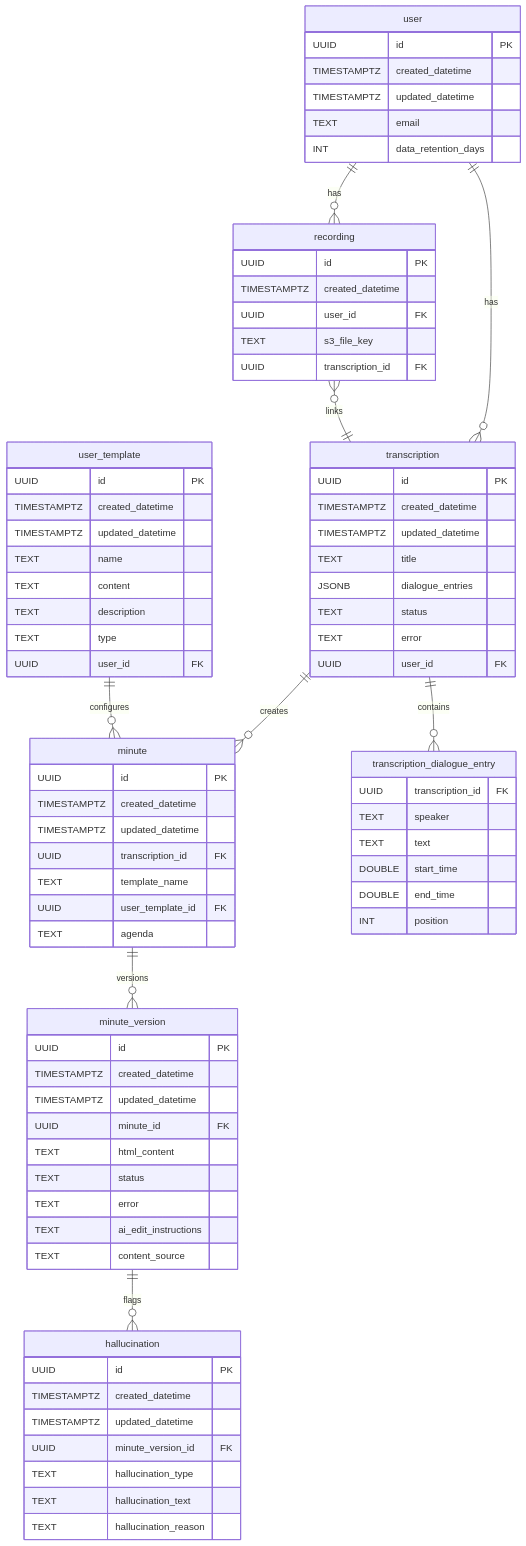
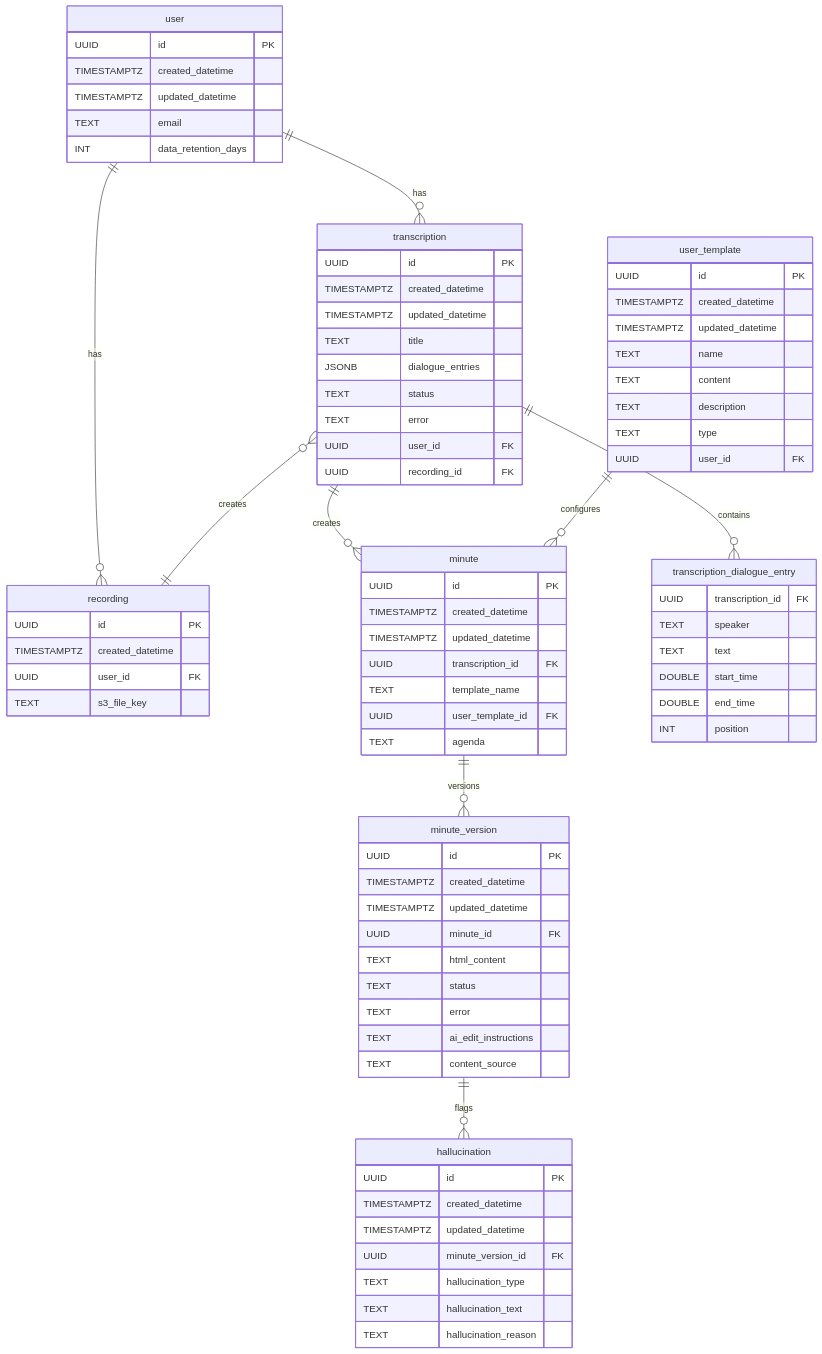
Before and after one commit to communitiesuk/i-ai-minute: the first of 2 diagrams in documentation/data-contracts.md, drawn with Mermaid. The commit also changed other lines of this file, not shown here.

```diff
--- a/documentation/data-contracts.md
+++ b/documentation/data-contracts.md
@@ -26,7 +28,6 @@
     TIMESTAMPTZ created_datetime
     UUID user_id FK
     TEXT s3_file_key
-    UUID transcription_id FK
   }
 
   transcription {
@@ -38,6 +39,7 @@
     TEXT status
     TEXT error
     UUID user_id FK
+    UUID recording_id FK
   }
 
   minute {
@@ -94,7 +96,7 @@
 
   user ||--o{ recording : has
   user ||--o{ transcription : has
-  recording }o--|| transcription : links
+  transcription }o--|| recording : creates
 
   transcription ||--o{ minute : creates
   user_template ||--o{ minute : configures
```
